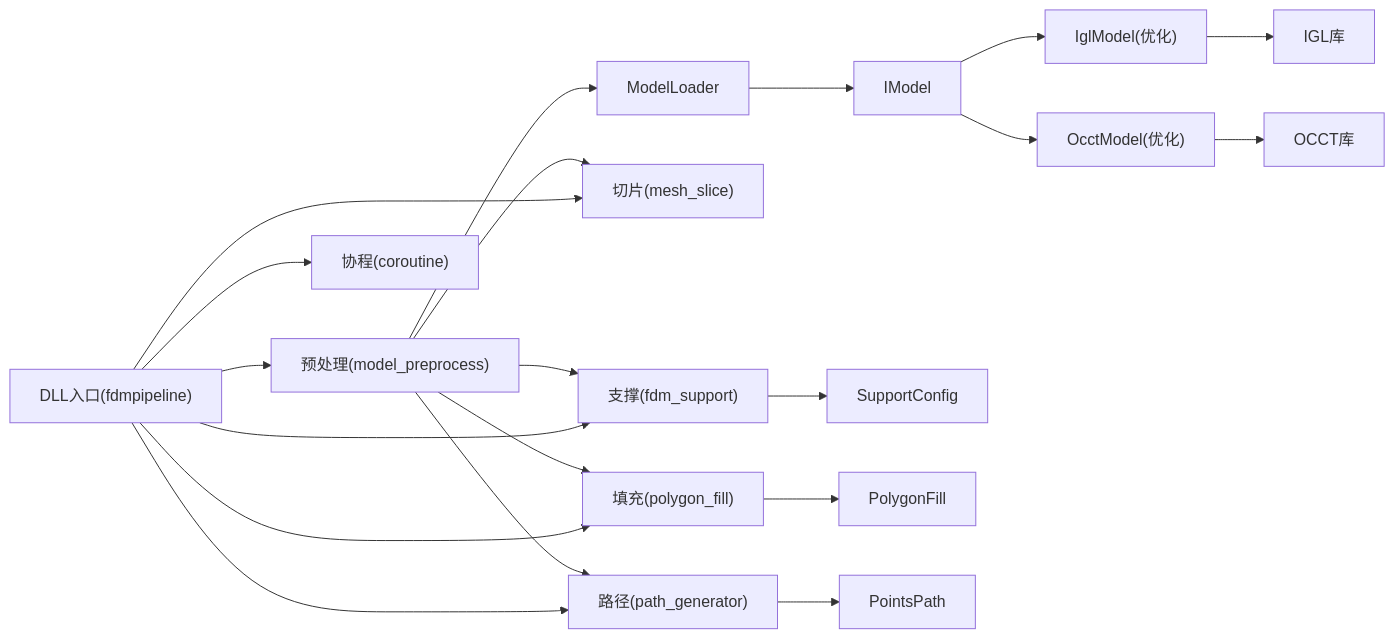
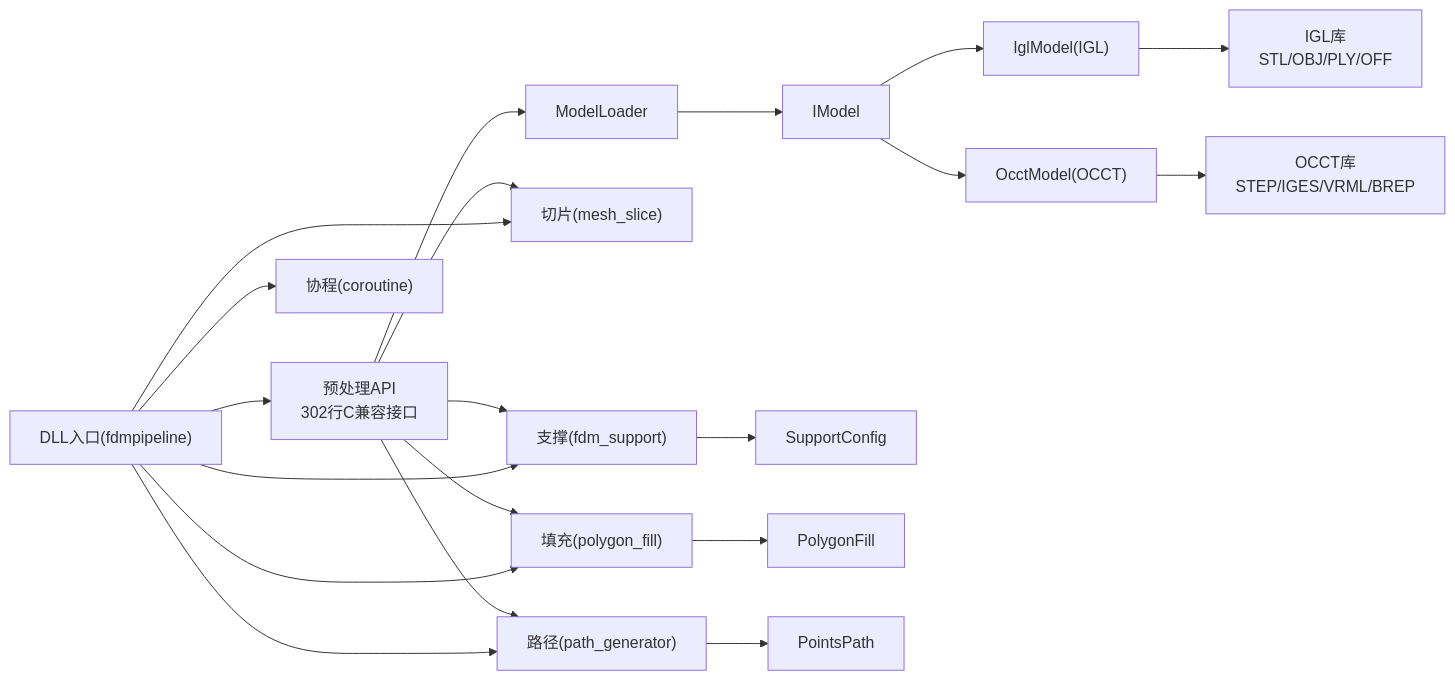
The tenth of 10 diagrams in .qoder/repowiki/zh/content/核心模块详解/模型预处理系统.md (hsmbanlance/HsBaSlicer), drawn with Mermaid before and after one commit. The commit also changed other lines of this file and 9 other files, not shown here.

````diff
--- a/.qoder/repowiki/zh/content/核心模块详解/模型预处理系统.md
+++ b/.qoder/repowiki/zh/content/核心模块详解/模型预处理系统.md
@@ -462,22 +519,22 @@
 ```mermaid
 graph LR
-Pre["预处理(model_preprocess)"] --> Loader["ModelLoader"]
+Pre["预处理API<br/>302行C兼容接口"] --> Loader["ModelLoader"]
 Loader --> IModel["IModel"]
-IModel --> IglModel["IglModel(优化)"]
-IModel --> OcctModel["OcctModel(优化)"]
-IglModel --> IGL["IGL库"]
-OcctModel --> OCCT["OCCT库"]
+IModel --> IglModel["IglModel(IGL)"]
+IModel --> OcctModel["OcctModel(OCCT)"]
+IglModel --> IGL["IGL库<br/>STL/OBJ/PLY/OFF"]
+OcctModel --> OCCT["OCCT库<br/>STEP/IGES/VRML/BREP"]
 Pre --> Slice["切片(mesh_slice)"]
 Pre --> Sup["支撑(fdm_support)"]
 Pre --> Fill["填充(polygon_fill)"]
 Pre --> Path["路径(path_generator)"]
 Sup --> SupCfg["SupportConfig"]
 Fill --> PolyFill["PolygonFill"]
 Path --> PointsPath["PointsPath"]
 Entry["DLL入口(fdmpipeline)"] --> Pre
 Entry --> Slice
 Entry --> Sup
 Entry --> Fill
 Entry --> Path
 Entry --> Coro["协程(coroutine)"]
 ```
````
